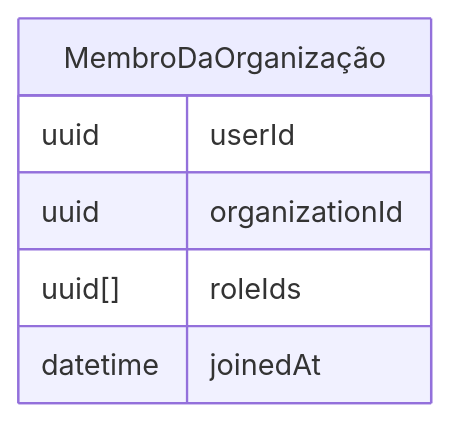
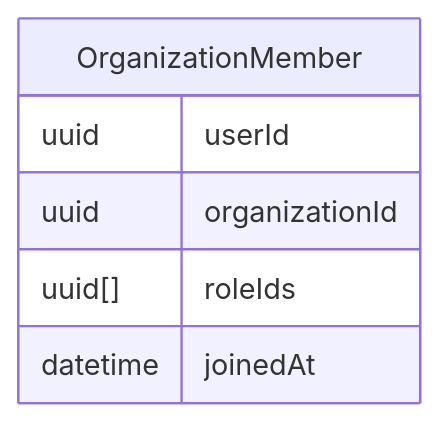
One commit to logto-io/docs changed the fifth of 7 diagrams in i18n/pt-BR/docusaurus-plugin-content-docs/current/use-cases/multi-tenancy/build-multi-tenant-saas-application.mdx. Above: the diagram before and after it, drawn with Mermaid. The commit also changed other lines of this file and 74 other files, not shown here.

````diff
--- a/i18n/pt-BR/docusaurus-plugin-content-docs/current/use-cases/multi-tenancy/build-multi-tenant-saas-application.mdx
+++ b/i18n/pt-BR/docusaurus-plugin-content-docs/current/use-cases/multi-tenancy/build-multi-tenant-saas-application.mdx
@@ -281,10 +281,10 @@
 ```mermaid
 erDiagram
-    MembroDaOrganização {
+    OrganizationMember {
         uuid userId
         uuid organizationId
         uuid[] roleIds
         datetime joinedAt
     }
 
 ```
````
